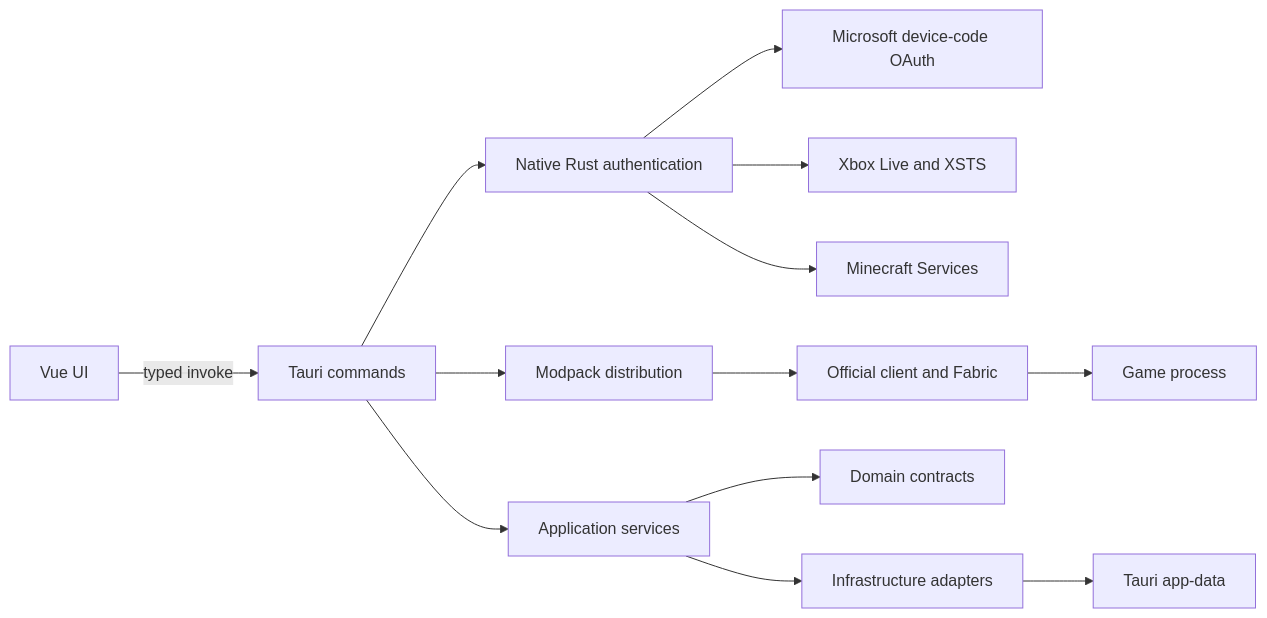
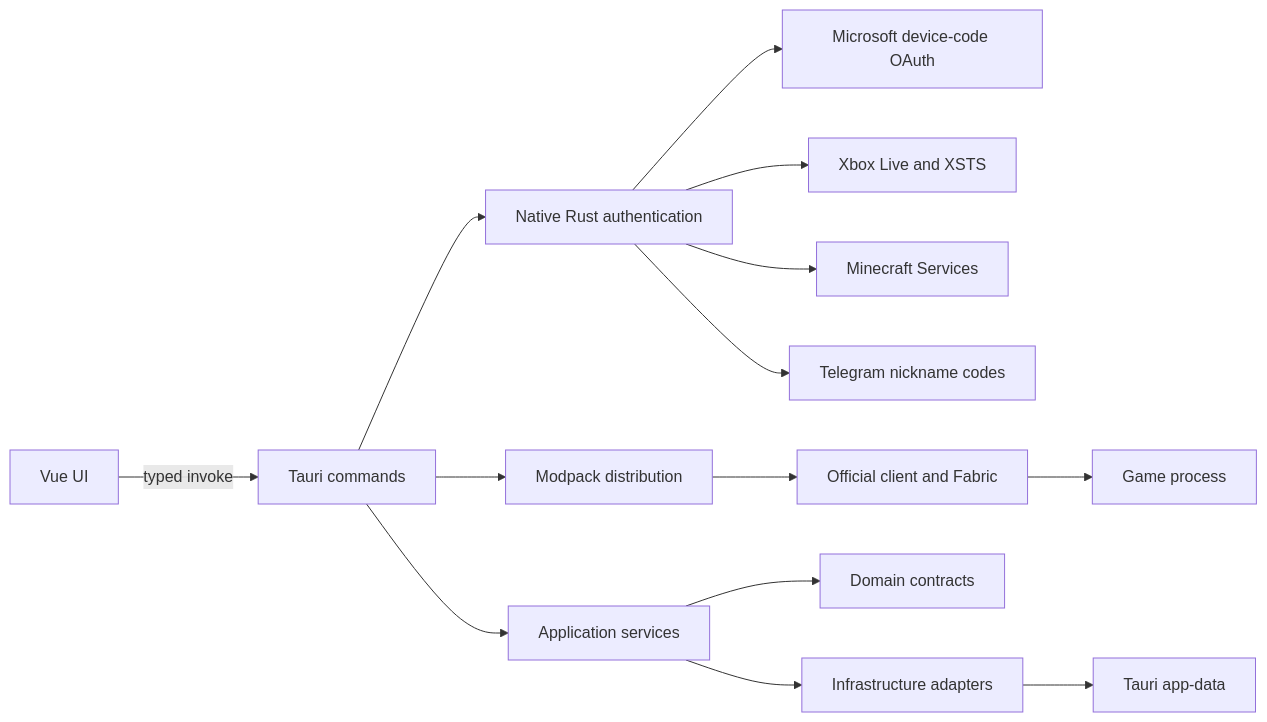
Before and after one commit to ne-utka/neutka_server: the diagram in launcher/docs/architecture.md, drawn with Mermaid. The commit also changed other lines of this file and 18 other files, not shown here.

````diff
--- a/launcher/docs/architecture.md
+++ b/launcher/docs/architecture.md
@@ -11,15 +11,16 @@
 ```mermaid
 flowchart LR
     VueUI[Vue UI] -->|typed invoke| Commands[Tauri commands]
     Commands --> Auth[Native Rust authentication]
     Auth --> Microsoft[Microsoft device-code OAuth]
     Auth --> Xbox[Xbox Live and XSTS]
     Auth --> Minecraft[Minecraft Services]
+    Auth --> Telegram[Telegram nickname codes]
     Commands --> Distribution[Modpack distribution]
     Distribution --> Vanilla[Official client and Fabric]
     Vanilla --> Game[Game process]
     Commands --> Application[Application services]
     Application --> Domain[Domain contracts]
     Application --> Infrastructure[Infrastructure adapters]
     Infrastructure --> AppData["Tauri app-data"]
 ```
````
